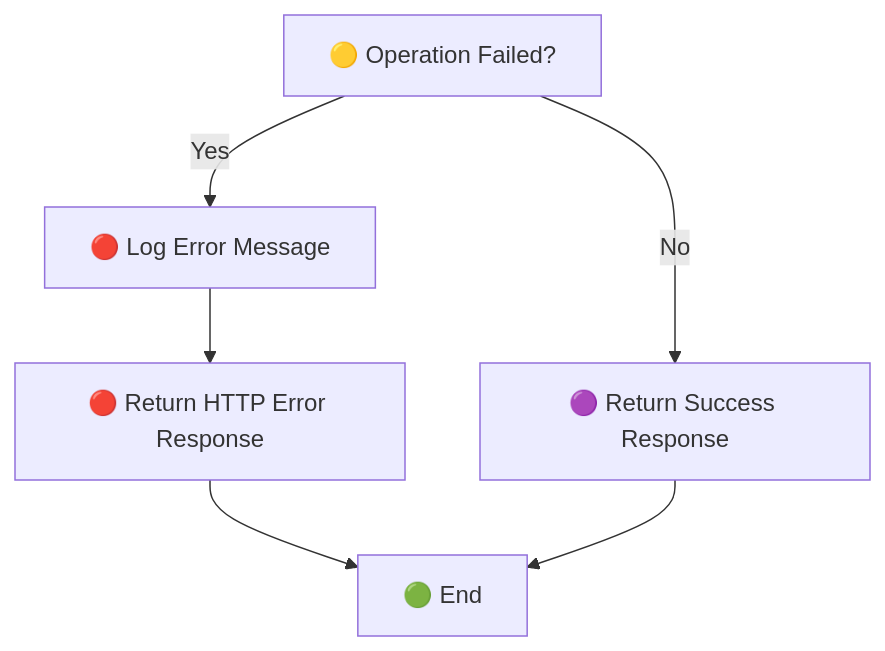
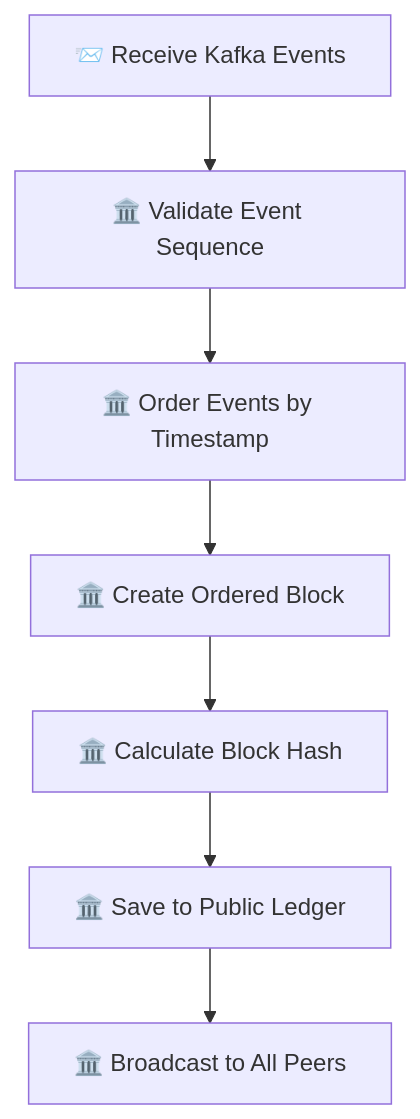
Before and after one commit to trunghc97/blockchain: diagram 19 of 19 in API_Flow_Diagrams.md, drawn with Mermaid. The commit also changed other lines of this file and 4 other files, not shown here.

````diff
--- a/API_Flow_Diagrams.md
+++ b/API_Flow_Diagrams.md
@@ -219,8 +388,9 @@
 ```mermaid
 flowchart TD
-    A[🟡 Operation Failed?] -->|Yes| B[🔴 Log Error Message]
-    B --> C[🔴 Return HTTP Error Response]
-    C --> D[🟢 End]
-    A -->|No| E[🟣 Return Success Response]
-    E --> D
+    A[📨 Receive Kafka Events] --> B[🏛️ Validate Event Sequence]
+    B --> C[🏛️ Order Events by Timestamp]
+    C --> D[🏛️ Create Ordered Block]
+    D --> E[🏛️ Calculate Block Hash]
+    E --> F[🏛️ Save to Public Ledger]
+    F --> G[🏛️ Broadcast to All Peers]
 ```
````
